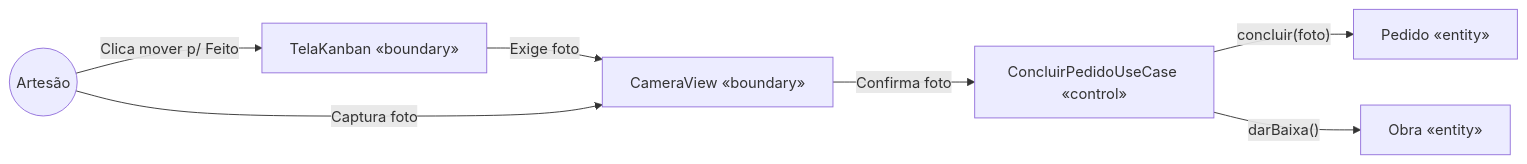
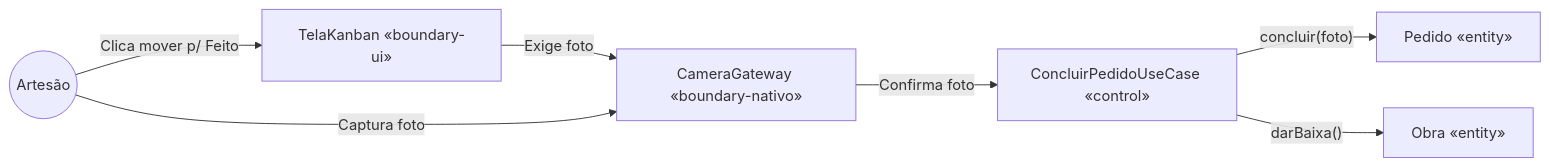
Before and after one commit to rmofilh/ate: the ninth of 14 diagrams in docs/ate-fase2.md, drawn with Mermaid. The commit also changed other lines of this file and 13 other files, not shown here.

````diff
--- a/docs/ate-fase2.md
+++ b/docs/ate-fase2.md
@@ -860,16 +998,16 @@
 ```mermaid
 flowchart LR
     Ator((Artesão))
-    B1[TelaKanban «boundary»]
-    B2[CameraView «boundary»]
+    B1[TelaKanban «boundary-ui»]
+    B2[CameraGateway «boundary-nativo»]
     C[ConcluirPedidoUseCase «control»]
     E1[Pedido «entity»]
     E2[Obra «entity»]
 
     Ator -->|Clica mover p/ Feito| B1
     B1 -->|Exige foto| B2
     Ator -->|Captura foto| B2
     B2 -->|Confirma foto| C
     C -->|"concluir(foto)"| E1
     C -->|"darBaixa()"| E2
 ```
````
